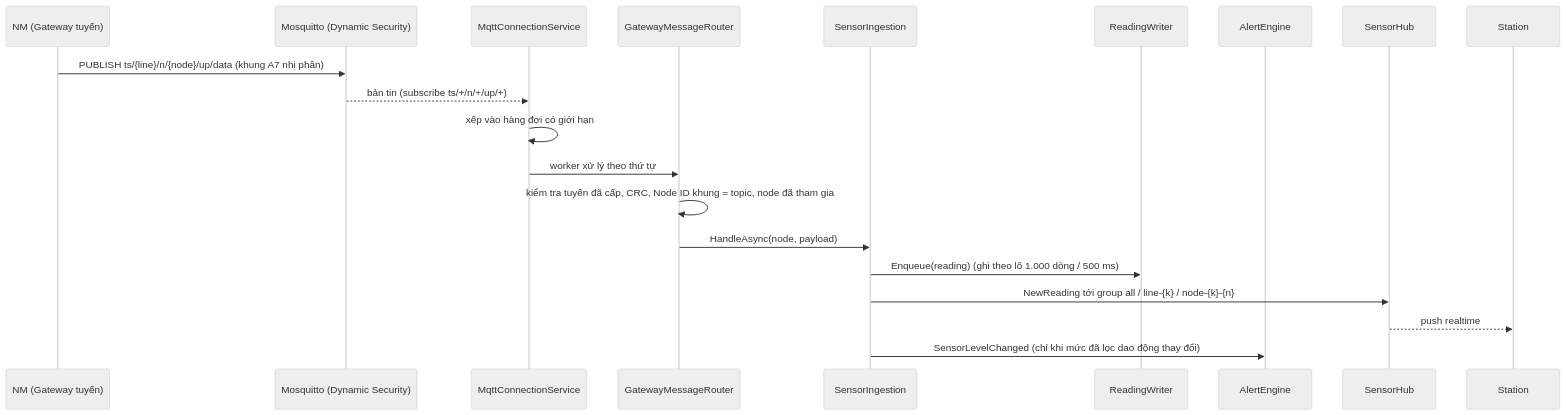
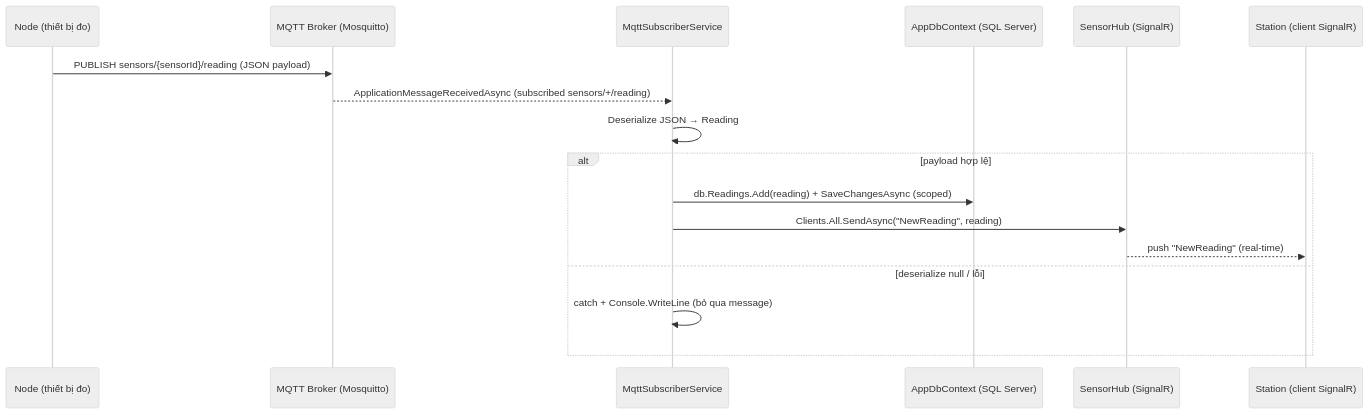
Before and after one commit to hiinguyen/Tunnel_Security: the first of 3 diagrams in docs/backendv2-architecture.md, drawn with Mermaid (neutral theme). The commit also changed other lines of this file and 136 other files, not shown here.

First line of the commit message:
Revert "Merge pull request #2 from hiinguyen/feat/lan-gateway-architecture"

````diff
--- a/docs/backendv2-architecture.md
+++ b/docs/backendv2-architecture.md
@@ -11,23 +17,20 @@
 ```mermaid
 sequenceDiagram
-    participant NM as NM (Gateway tuyến)
-    participant Broker as Mosquitto (Dynamic Security)
-    participant Conn as MqttConnectionService
-    participant Router as GatewayMessageRouter
-    participant Ing as SensorIngestion
-    participant Writer as ReadingWriter
-    participant Alerts as AlertEngine
-    participant Hub as SensorHub
-    participant Station
+    participant Node as Node (thiết bị đo)
+    participant Broker as MQTT Broker (Mosquitto)
+    participant Sub as MqttSubscriberService
+    participant DB as AppDbContext (SQL Server)
+    participant Hub as SensorHub (SignalR)
+    participant Station as Station (client SignalR)
 
-    NM->>Broker: PUBLISH ts/{line}/n/{node}/up/data (khung A7 nhị phân)
-    Broker-->>Conn: bản tin (subscribe ts/+/n/+/up/+)
-    Conn->>Conn: xếp vào hàng đợi có giới hạn
-    Conn->>Router: worker xử lý theo thứ tự
-    Router->>Router: kiểm tra tuyến đã cấp, CRC, Node ID khung = topic, node đã tham gia
-    Router->>Ing: HandleAsync(node, payload)
-    Ing->>Writer: Enqueue(reading) (ghi theo lô 1.000 dòng / 500 ms)
-    Ing->>Hub: NewReading tới group all / line-{k} / node-{k}-{n}
-    Hub-->>Station: push realtime
-    Ing->>Alerts: SensorLevelChanged (chỉ khi mức đã lọc dao động thay đổi)
+    Node->>Broker: PUBLISH sensors/{sensorId}/reading (JSON payload)
+    Broker-->>Sub: ApplicationMessageReceivedAsync (subscribed sensors/+/reading)
+    Sub->>Sub: Deserialize JSON → Reading
+    alt payload hợp lệ
+        Sub->>DB: db.Readings.Add(reading) + SaveChangesAsync (scoped)
+        Sub->>Hub: Clients.All.SendAsync("NewReading", reading)
+        Hub-->>Station: push "NewReading" (real-time)
+    else deserialize null / lỗi
+        Sub->>Sub: catch + Console.WriteLine (bỏ qua message)
+    end
 ```
````
